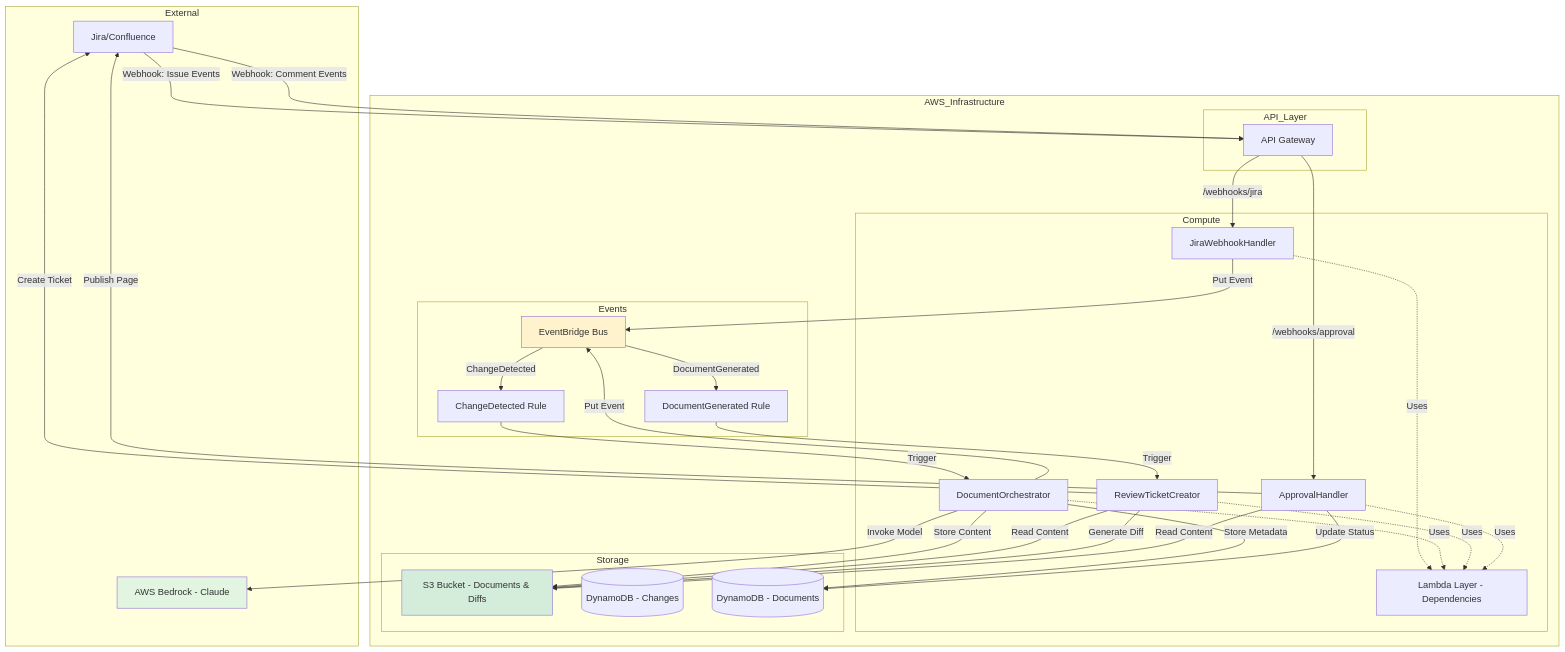
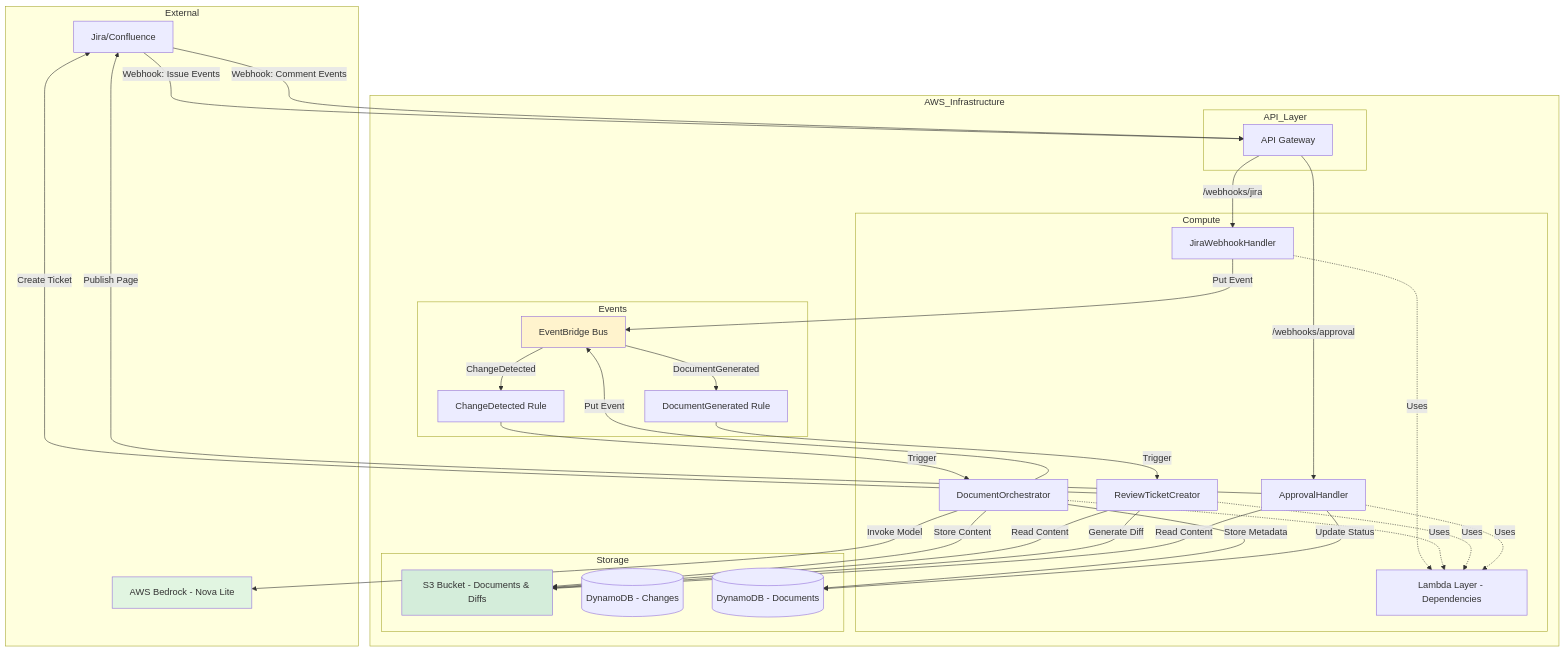
Before and after one commit to jaredgiosinuff/kinexus-ai: the first of 3 diagrams in docs/architecture.md, drawn with Mermaid. The commit also changed other lines of this file and 4 other files, not shown here.

First line of the commit message:
docs: Correct all AI model references from Claude to Amazon Nova Lite

````diff
--- a/docs/architecture.md
+++ b/docs/architecture.md
@@ -9,67 +9,67 @@
 ```mermaid
 flowchart TB
     subgraph External
         Jira[Jira/Confluence]
-        Bedrock[AWS Bedrock - Claude]
+        Bedrock[AWS Bedrock - Nova Lite]
     end
 
     subgraph AWS_Infrastructure
         subgraph API_Layer
             APIGW[API Gateway]
         end
 
         subgraph Compute
             L1[JiraWebhookHandler]
             L2[DocumentOrchestrator]
             L3[ReviewTicketCreator]
             L4[ApprovalHandler]
             Layer[Lambda Layer - Dependencies]
         end
 
         subgraph Events
             EventBus[EventBridge Bus]
             R1[ChangeDetected Rule]
             R2[DocumentGenerated Rule]
         end
 
         subgraph Storage
             S3[S3 Bucket - Documents & Diffs]
             DDB1[(DynamoDB - Changes)]
             DDB2[(DynamoDB - Documents)]
         end
     end
 
     Jira -->|Webhook: Issue Events| APIGW
     Jira -->|Webhook: Comment Events| APIGW
     APIGW -->|/webhooks/jira| L1
     APIGW -->|/webhooks/approval| L4
 
     L1 -->|Put Event| EventBus
     EventBus -->|ChangeDetected| R1
     R1 -->|Trigger| L2
 
     L2 -->|Invoke Model| Bedrock
     L2 -->|Store Content| S3
     L2 -->|Store Metadata| DDB2
     L2 -->|Put Event| EventBus
 
     EventBus -->|DocumentGenerated| R2
     R2 -->|Trigger| L3
 
     L3 -->|Read Content| S3
     L3 -->|Generate Diff| S3
     L3 -->|Create Ticket| Jira
 
     L4 -->|Read Content| S3
     L4 -->|Publish Page| Jira
     L4 -->|Update Status| DDB2
 
     L1 -.->|Uses| Layer
     L2 -.->|Uses| Layer
     L3 -.->|Uses| Layer
     L4 -.->|Uses| Layer
 
     style Bedrock fill:#e1f5e1
     style S3 fill:#d4edda
     style EventBus fill:#fff3cd
 ```
````
